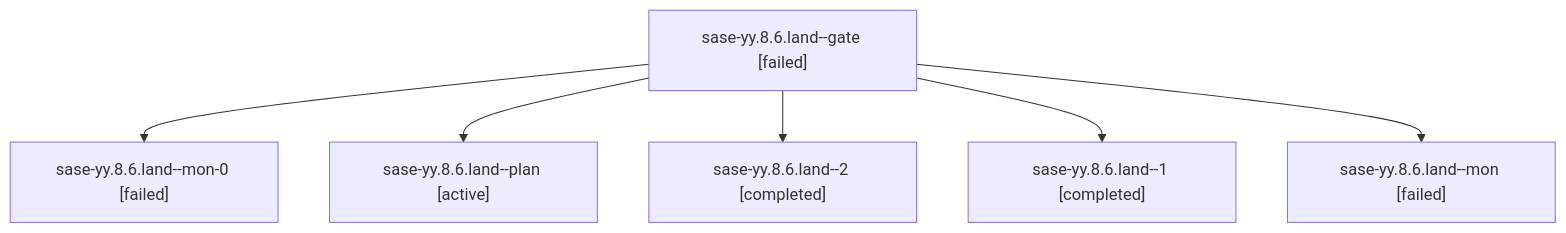
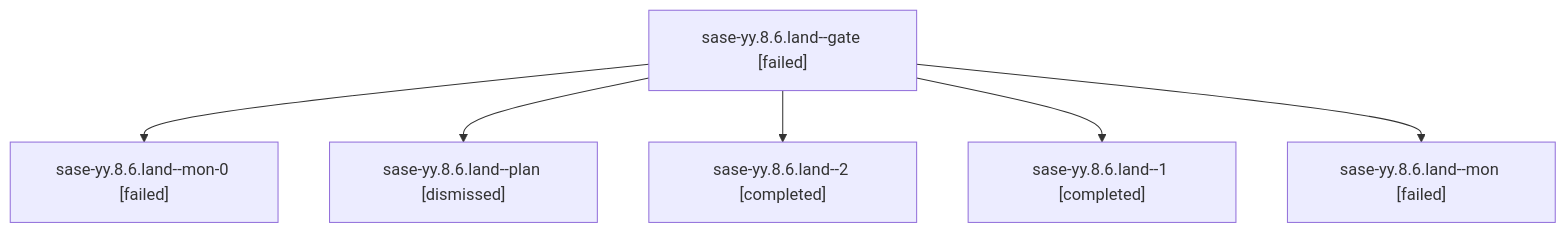
The diagram in sessions/bbugyi200.athena.sase-yy.8.6.land.md (sase-org/sase--agents), drawn with Mermaid before and after one commit. The commit also changed other lines of this file and 208 other files, not shown here.

````diff
--- a/sessions/bbugyi200.athena.sase-yy.8.6.land.md
+++ b/sessions/bbugyi200.athena.sase-yy.8.6.land.md
@@ -9,14 +9,14 @@
 ```mermaid
 flowchart TD
   n0["sase-yy.8.6.land--gate [failed]"]
   n1["sase-yy.8.6.land--mon-0 [failed]"]
   n0 --> n1
-  n2["sase-yy.8.6.land--plan [active]"]
+  n2["sase-yy.8.6.land--plan [dismissed]"]
   n0 --> n2
   n3["sase-yy.8.6.land--2 [completed]"]
   n0 --> n3
   n4["sase-yy.8.6.land--1 [completed]"]
   n0 --> n4
   n5["sase-yy.8.6.land--mon [failed]"]
   n0 --> n5
 ```
````
